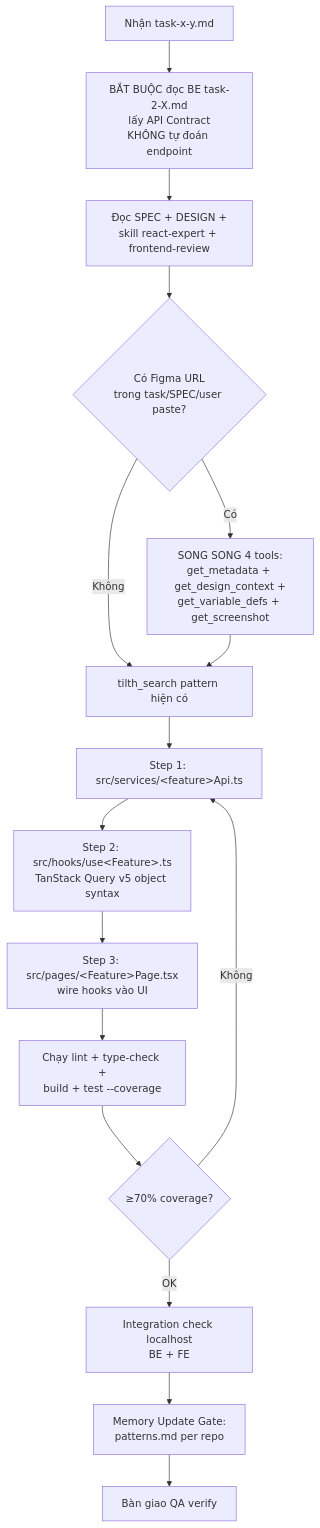
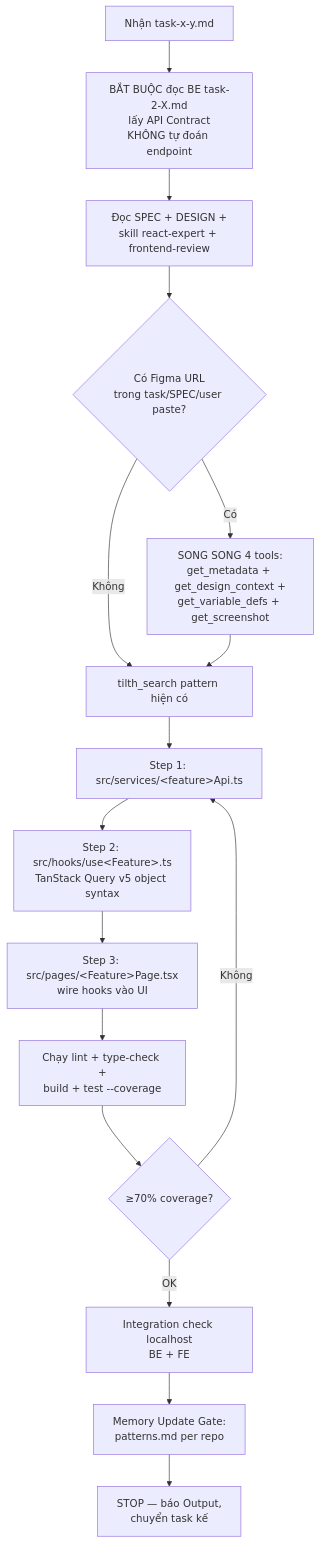
The eighth of 10 diagrams in project-ai-kit/ai-agents-workflow.md (dipro-vn/dipro-ai-boost), drawn with Mermaid before and after one commit. The commit also changed other lines of this file and 61 other files, not shown here.

````diff
--- a/project-ai-kit/ai-agents-workflow.md
+++ b/project-ai-kit/ai-agents-workflow.md
@@ -231,18 +221,18 @@
 ```mermaid
 flowchart TD
     A[Nhận task-x-y.md] --> B[BẮT BUỘC đọc BE task-2-X.md<br/>lấy API Contract<br/>KHÔNG tự đoán endpoint]
     B --> C[Đọc SPEC + DESIGN +<br/>skill react-expert + frontend-review]
     C --> D{Có Figma URL<br/>trong task/SPEC/user paste?}
     D -- Có --> E[SONG SONG 4 tools:<br/>get_metadata + get_design_context +<br/>get_variable_defs + get_screenshot]
     D -- Không --> F[tilth_search pattern hiện có]
     E --> F
     F --> G["Step 1: src/services/&lt;feature&gt;Api.ts"]
     G --> H["Step 2: src/hooks/use&lt;Feature&gt;.ts<br/>TanStack Query v5 object syntax"]
     H --> I["Step 3: src/pages/&lt;Feature&gt;Page.tsx<br/>wire hooks vào UI"]
     I --> J[Chạy lint + type-check +<br/>build + test --coverage]
     J --> K{≥70% coverage?}
     K -- Không --> G
     K -- OK --> L[Integration check localhost<br/>BE + FE]
     L --> M[Memory Update Gate:<br/>patterns.md per repo]
-    M --> N[Bàn giao QA verify]
+    M --> N[STOP — báo Output,<br/>chuyển task kế]
 ```
````
